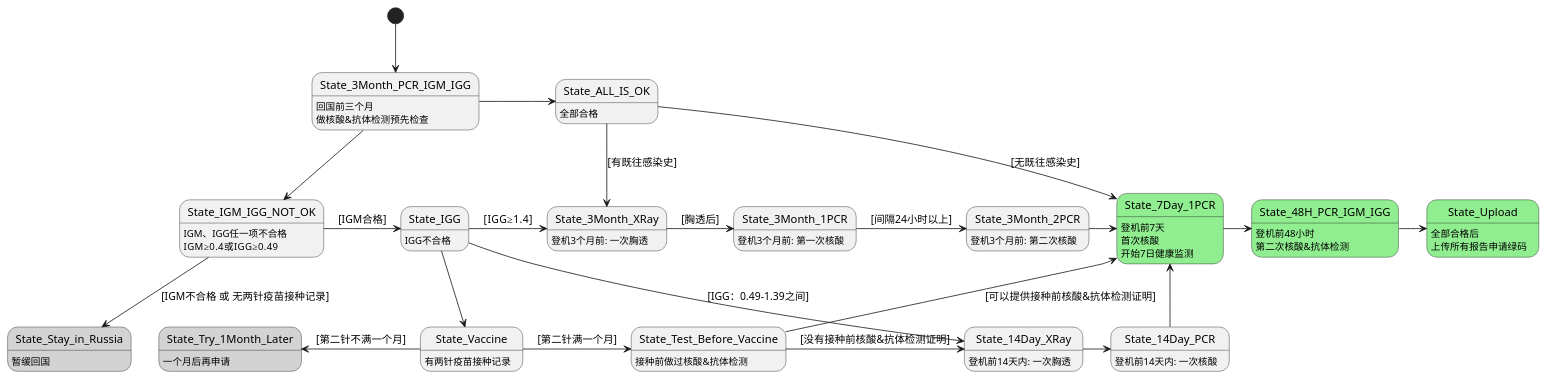
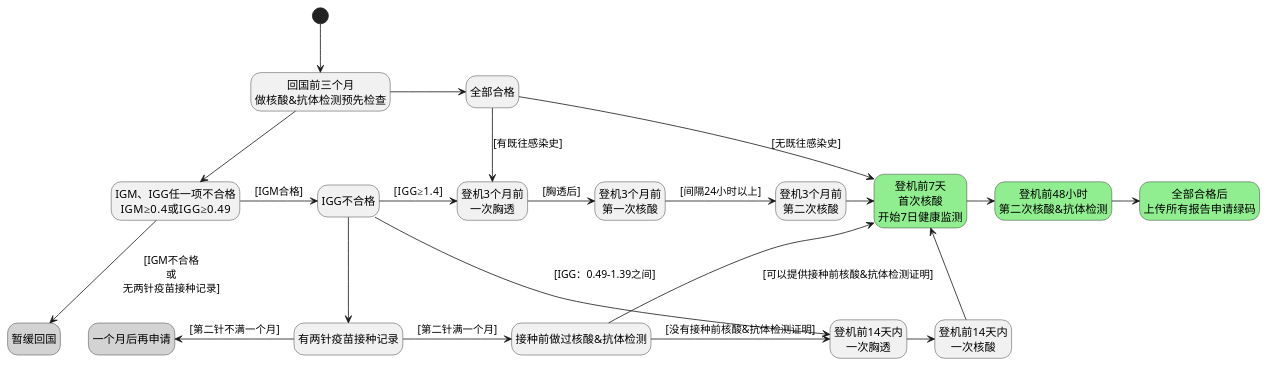
One commit to xiaoyulei/blog changed the diagram in docs/subject/go_home/back_from_Russia_2021/PCR_Antibody_check_process.puml. Above: the diagram before and after it, drawn with PlantUML.

```diff
--- a/docs/subject/go_home/back_from_Russia_2021/PCR_Antibody_check_process.puml
+++ b/docs/subject/go_home/back_from_Russia_2021/PCR_Antibody_check_process.puml
@@ -1,67 +1,56 @@
 @startuml
 hide empty description
 
 [*] --> State_3Month_PCR_IGM_IGG
+state "回国前三个月\n做核酸&抗体检测预先检查" as State_3Month_PCR_IGM_IGG
 
-State_3Month_PCR_IGM_IGG : 回国前三个月
-State_3Month_PCR_IGM_IGG : 做核酸&抗体检测预先检查
 
-State_ALL_IS_OK : 全部合格
+state "全部合格" as State_ALL_IS_OK
 State_3Month_PCR_IGM_IGG -> State_ALL_IS_OK
 
-State_7Day_1PCR : 登机前7天
-State_7Day_1PCR : 首次核酸
-State_7Day_1PCR : 开始7日健康监测
-state State_7Day_1PCR #LightGreen
+state "登机前7天\n首次核酸\n开始7日健康监测" as State_7Day_1PCR #LightGreen
 State_ALL_IS_OK -> State_7Day_1PCR : [无既往感染史]
 
-State_48H_PCR_IGM_IGG : 登机前48小时
-State_48H_PCR_IGM_IGG : 第二次核酸&抗体检测
-state State_48H_PCR_IGM_IGG #LightGreen
+state "登机前48小时\n第二次核酸&抗体检测" as State_48H_PCR_IGM_IGG #LightGreen
 State_7Day_1PCR -> State_48H_PCR_IGM_IGG
 
-State_Upload : 全部合格后
-State_Upload : 上传所有报告申请绿码
-state State_Upload #LightGreen
+state "全部合格后\n上传所有报告申请绿码" as State_Upload #LightGreen
 State_48H_PCR_IGM_IGG -> State_Upload
 
-
-State_3Month_XRay : 登机3个月前: 一次胸透
-State_3Month_1PCR : 登机3个月前: 第一次核酸
-State_3Month_2PCR : 登机3个月前: 第二次核酸
+state "登机3个月前\n一次胸透" as State_3Month_XRay
+state "登机3个月前\n第一次核酸" as State_3Month_1PCR
+state "登机3个月前\n第二次核酸" as State_3Month_2PCR
 State_ALL_IS_OK -down-> State_3Month_XRay : [有既往感染史]
 State_3Month_XRay -> State_3Month_1PCR : [胸透后]
 State_3Month_1PCR -> State_3Month_2PCR : [间隔24小时以上]
 State_3Month_2PCR -> State_7Day_1PCR
 
 
-State_IGM_IGG_NOT_OK : IGM、IGG任一项不合格
-State_IGM_IGG_NOT_OK : IGM≥0.4或IGG≥0.49
+state "IGM、IGG任一项不合格\nIGM≥0.4或IGG≥0.49" as State_IGM_IGG_NOT_OK
 State_3Month_PCR_IGM_IGG -down-> State_IGM_IGG_NOT_OK
 
-State_Stay_in_Russia : 暂缓回国
-state State_Stay_in_Russia #LightGray
-State_IGM_IGG_NOT_OK -down-> State_Stay_in_Russia : [IGM不合格 或 无两针疫苗接种记录]
+state "暂缓回国" as State_Stay_in_Russia #LightGray
+State_IGM_IGG_NOT_OK -down-> State_Stay_in_Russia : [IGM不合格\n或\n无两针疫苗接种记录]
 
-State_IGG : IGG不合格
+state "IGG不合格" as State_IGG
 State_IGM_IGG_NOT_OK -> State_IGG : [IGM合格]
 State_IGG -> State_3Month_XRay : [IGG≥1.4]
 
 
-State_14Day_XRay : 登机前14天内: 一次胸透
+state "登机前14天内\n一次胸透" as State_14Day_XRay
 State_IGG -> State_14Day_XRay : [IGG：0.49-1.39之间]
 
-State_14Day_PCR : 登机前14天内: 一次核酸
+state "登机前14天内\n一次核酸" as State_14Day_PCR
 State_14Day_XRay -> State_14Day_PCR
 State_14Day_PCR -down-> State_7Day_1PCR
 
-State_Vaccine : 有两针疫苗接种记录
-State_Try_1Month_Later : 一个月后再申请
-state State_Try_1Month_Later #LightGray
-State_Test_Before_Vaccine : 接种前做过核酸&抗体检测
+state "有两针疫苗接种记录" as State_Vaccine
+state "一个月后再申请" as State_Try_1Month_Later #LightGray
+state "接种前做过核酸&抗体检测" as State_Test_Before_Vaccine
 State_IGG -down-> State_Vaccine
 State_Vaccine -left->State_Try_1Month_Later : [第二针不满一个月]
 State_Vaccine ->State_Test_Before_Vaccine : [第二针满一个月]
 State_Test_Before_Vaccine -up-> State_7Day_1PCR : [可以提供接种前核酸&抗体检测证明]
 State_Test_Before_Vaccine -> State_14Day_XRay : [没有接种前核酸&抗体检测证明]
+
 @enduml
```
